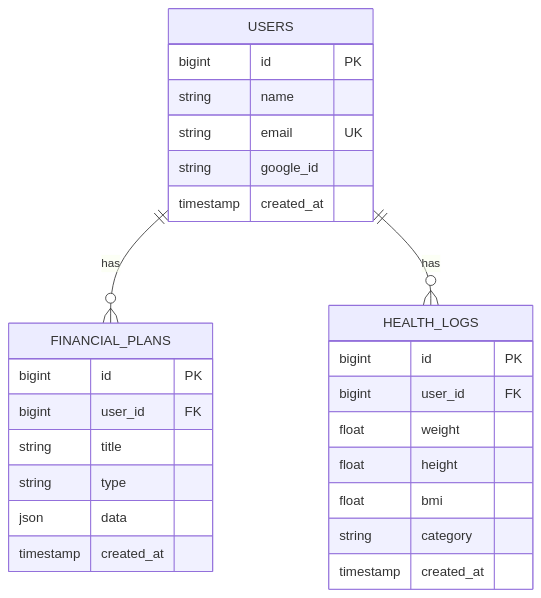
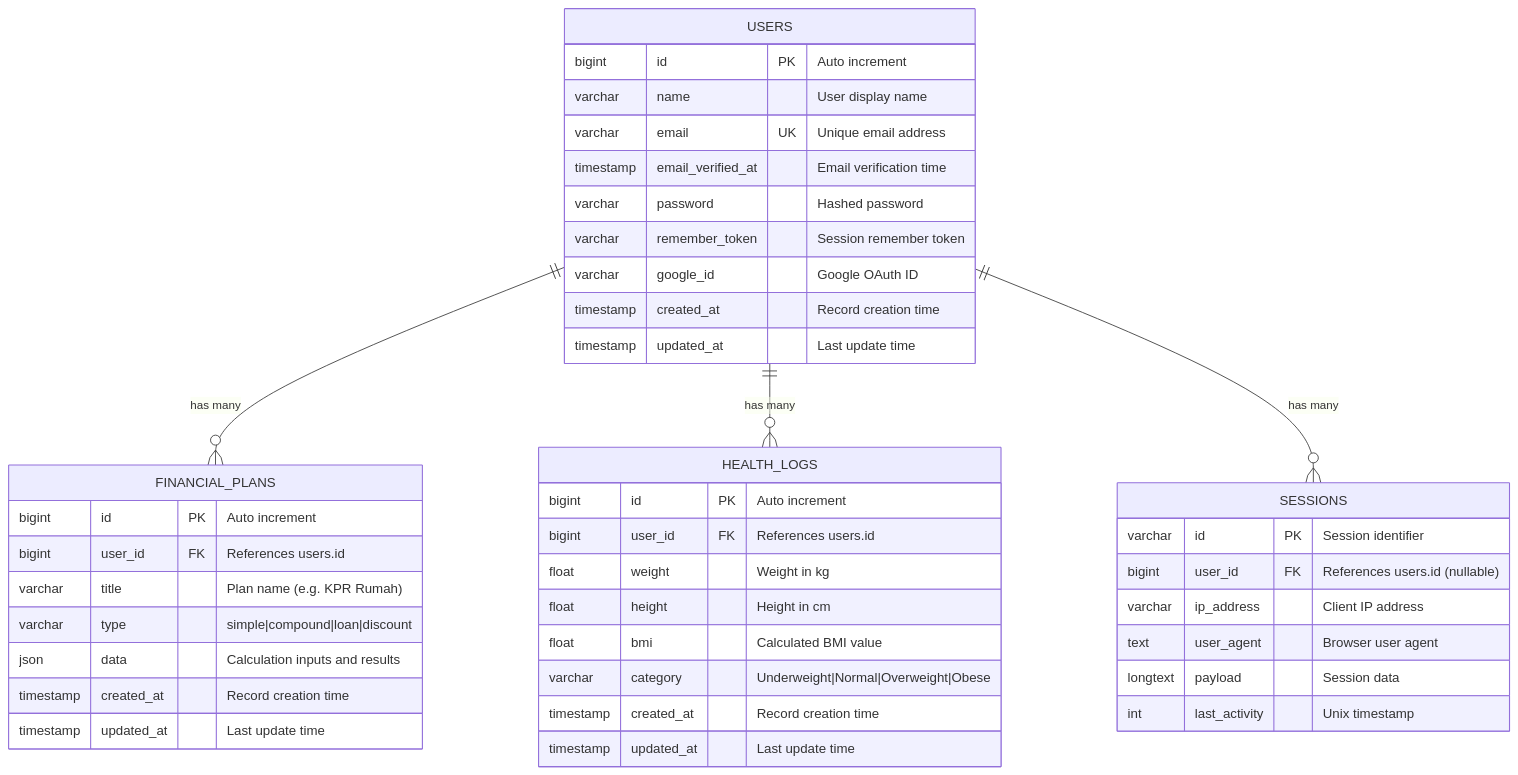
One commit to falcon-ioi/Caclcon changed diagram 11 of 11 in README.md. Above: the diagram before and after it, drawn with Mermaid. The commit also changed other lines of this file, not shown here.

Commit message:
Docs: Add 3 Sequence Diagrams and expand ERD with full column details

````diff
--- a/README.md
+++ b/README.md
@@ -283,32 +337,48 @@
 ```mermaid
 erDiagram
-    USERS ||--o{ FINANCIAL_PLANS : has
-    USERS ||--o{ HEALTH_LOGS : has
+    USERS ||--o{ FINANCIAL_PLANS : "has many"
+    USERS ||--o{ HEALTH_LOGS : "has many"
+    USERS ||--o{ SESSIONS : "has many"
     
     USERS {
-        bigint id PK
-        string name
-        string email UK
-        string google_id
-        timestamp created_at
+        bigint id PK "Auto increment"
+        varchar name "User display name"
+        varchar email UK "Unique email address"
+        timestamp email_verified_at "Email verification time"
+        varchar password "Hashed password"
+        varchar remember_token "Session remember token"
+        varchar google_id "Google OAuth ID"
+        timestamp created_at "Record creation time"
+        timestamp updated_at "Last update time"
     }
     
     FINANCIAL_PLANS {
-        bigint id PK
-        bigint user_id FK
-        string title
-        string type
-        json data
-        timestamp created_at
+        bigint id PK "Auto increment"
+        bigint user_id FK "References users.id"
+        varchar title "Plan name (e.g. KPR Rumah)"
+        varchar type "simple|compound|loan|discount"
+        json data "Calculation inputs and results"
+        timestamp created_at "Record creation time"
+        timestamp updated_at "Last update time"
     }
     
     HEALTH_LOGS {
-        bigint id PK
-        bigint user_id FK
-        float weight
-        float height
-        float bmi
-        string category
-        timestamp created_at
+        bigint id PK "Auto increment"
+        bigint user_id FK "References users.id"
+        float weight "Weight in kg"
+        float height "Height in cm"
+        float bmi "Calculated BMI value"
+        varchar category "Underweight|Normal|Overweight|Obese"
+        timestamp created_at "Record creation time"
+        timestamp updated_at "Last update time"
+    }
+    
+    SESSIONS {
+        varchar id PK "Session identifier"
+        bigint user_id FK "References users.id (nullable)"
+        varchar ip_address "Client IP address"
+        text user_agent "Browser user agent"
+        longtext payload "Session data"
+        int last_activity "Unix timestamp"
     }
 ```
````
